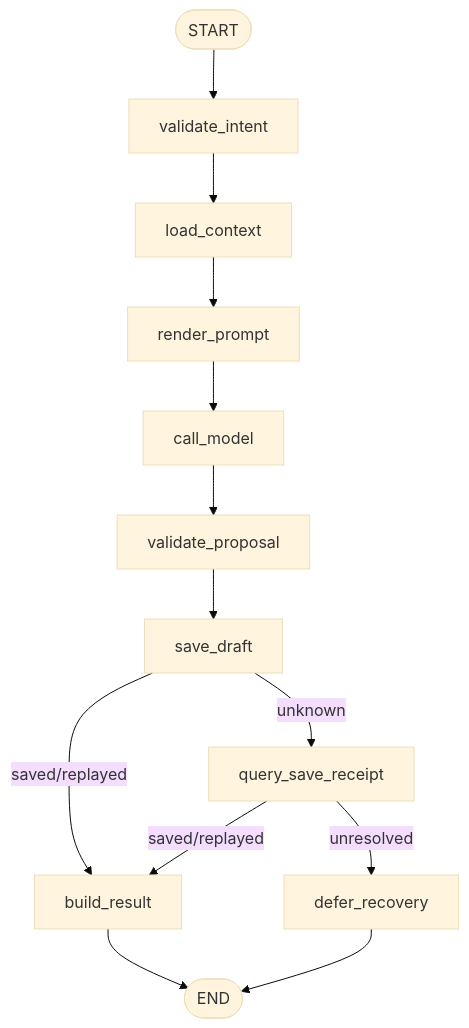
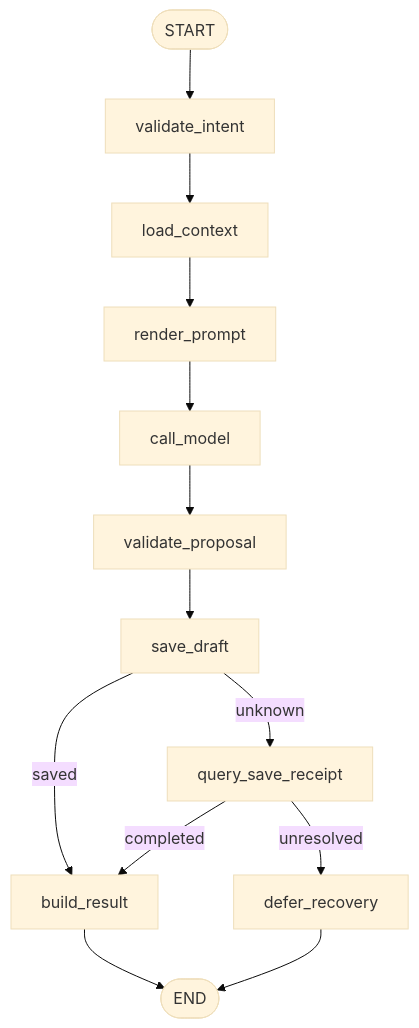
The first of 3 diagrams in docs/design/agent/graphtool/plan_creation_spec-design.md (FigoGoo/Dora-Agent), drawn with Mermaid (base theme) before and after one commit. The commit also changed other lines of this file and 68 other files, not shown here.

````diff
--- a/docs/design/agent/graphtool/plan_creation_spec-design.md
+++ b/docs/design/agent/graphtool/plan_creation_spec-design.md
@@ -91,15 +42,15 @@
 ```mermaid
 flowchart TD
     S([START]) --> VI[validate_intent]
     VI --> LC[load_context]
     LC --> RP[render_prompt]
     RP --> CM[call_model]
     CM --> VP[validate_proposal]
     VP --> SD[save_draft]
-    SD -->|saved/replayed| BR[build_result]
+    SD -->|saved| BR[build_result]
     SD -->|unknown| QR[query_save_receipt]
-    QR -->|saved/replayed| BR
+    QR -->|completed| BR
     QR -->|unresolved| DR[defer_recovery]
-    BR --> X([END])
-    DR --> X
+    BR --> E([END])
+    DR --> E
 ```
````
